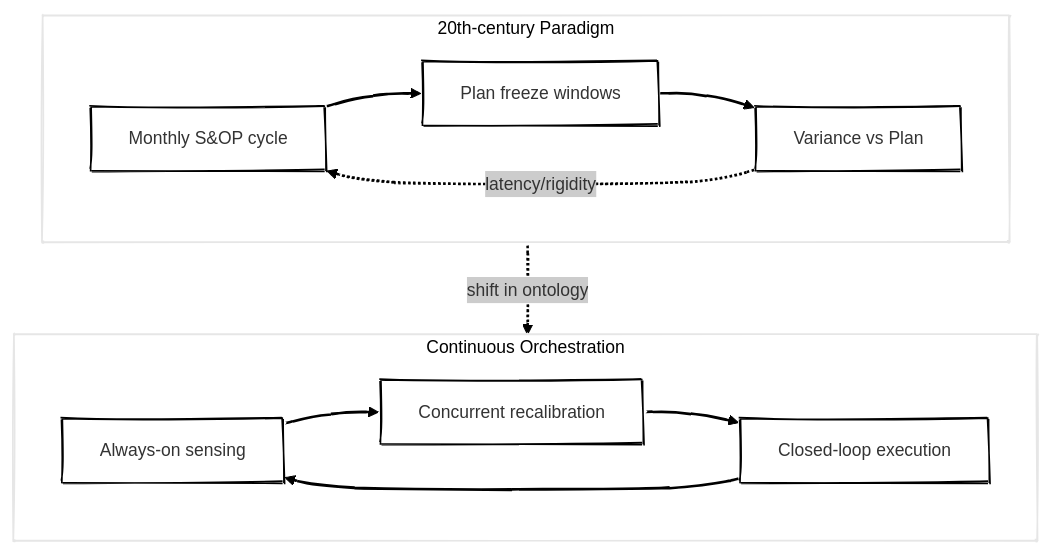
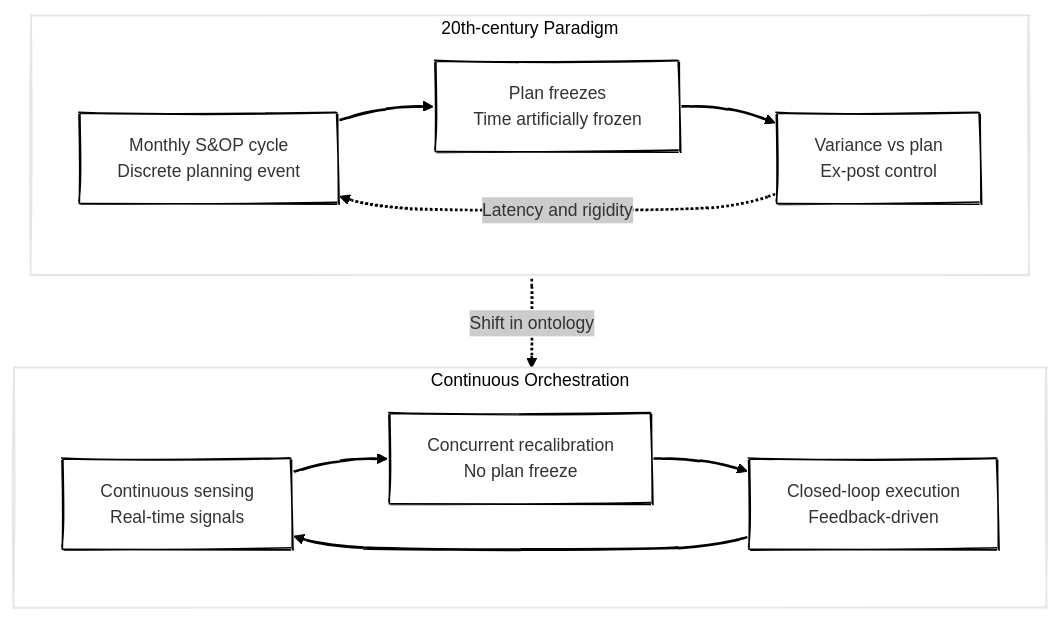
The first of 8 diagrams in posts/from-planning-to-orchestration-reimagining-enterprise-beyond-S&OP/index.qmd (antomon/antomon.github.io), drawn with Mermaid before and after one commit. The commit also changed other lines of this file and 4 other files, not shown here.

````diff
--- a/posts/from-planning-to-orchestration-reimagining-enterprise-beyond-S&OP/index.qmd
+++ b/posts/from-planning-to-orchestration-reimagining-enterprise-beyond-S&OP/index.qmd
@@ -52,25 +54,25 @@
 ```{mermaid}
 %%| label: fig-s-op-to-orchestration
-%%| fig-cap: From periodic S&OP to continuous orchestration
-%%| fig-alt: Comparison of calendar-bound planning vs continuous, signal-driven orchestration
+%%| fig-cap: "From periodic S&OP to continuous orchestration: shifting from calendar-bound planning to continuous, closed-loop coordination in time"
+%%| fig-alt: "Comparison of calendar-bound planning vs continuous signal-driven orchestration"
 %%| fig-align: "center"
 %%{init: {"theme": "neo", "look": "handDrawn"}}%%
 
 flowchart TD
   subgraph A[20th-century Paradigm]
-    A1[Monthly S&OP cycle]
-    A2[Plan freeze windows]
-    A3[Variance vs Plan]
+    A1[Monthly S&OP cycle<br/>Discrete planning event]
+    A2[Plan freezes<br/>Time artificially frozen]
+    A3[Variance vs plan<br/>Ex-post control]
   end
   subgraph B[Continuous Orchestration]
-    B1[Always-on sensing]
-    B2[Concurrent recalibration]
-    B3[Closed-loop execution]
+    B1[Continuous sensing<br/>Real-time signals]
+    B2[Concurrent recalibration<br/>No plan freeze]
+    B3[Closed-loop execution<br/>Feedback-driven]
   end
 
   A1 --> A2 --> A3
-  A3 -. latency/rigidity .-> A1
+  A3 -. Latency and rigidity .-> A1
 
-  A -. shift in ontology .-> B
+  A -. Shift in ontology .-> B
   B1 --> B2 --> B3 --> B1
 ```
````
